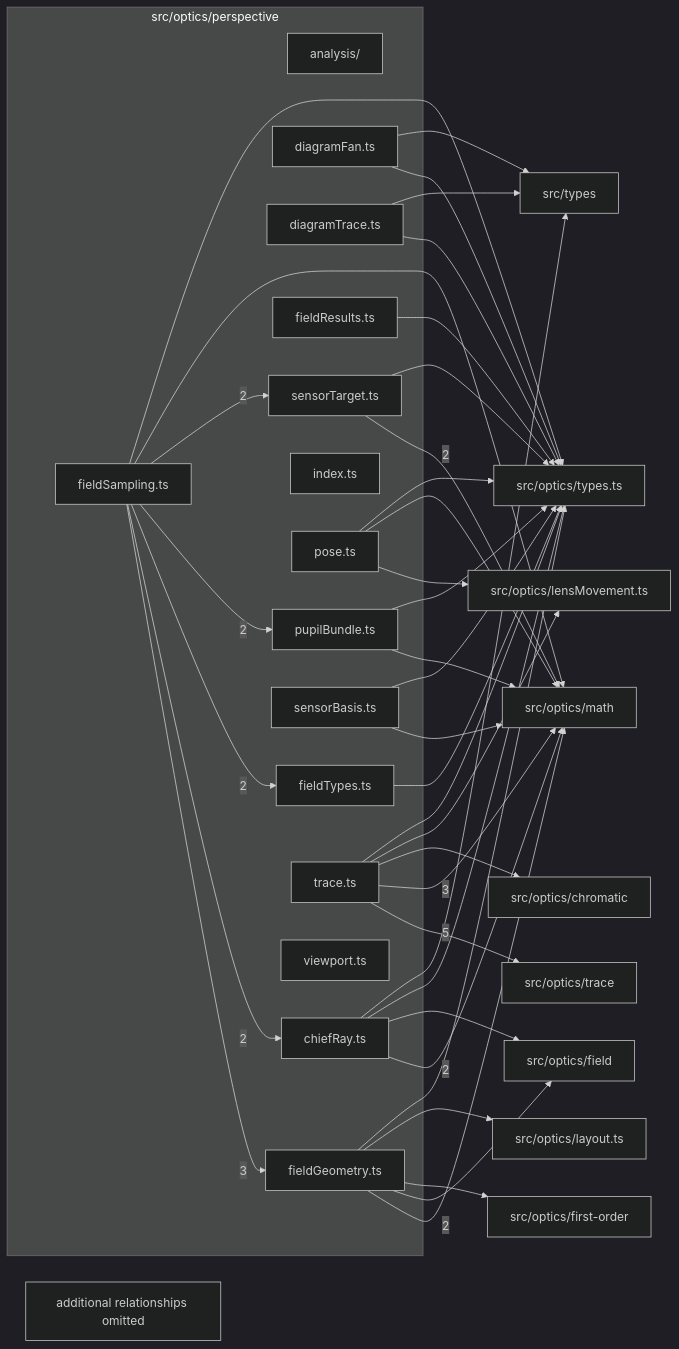
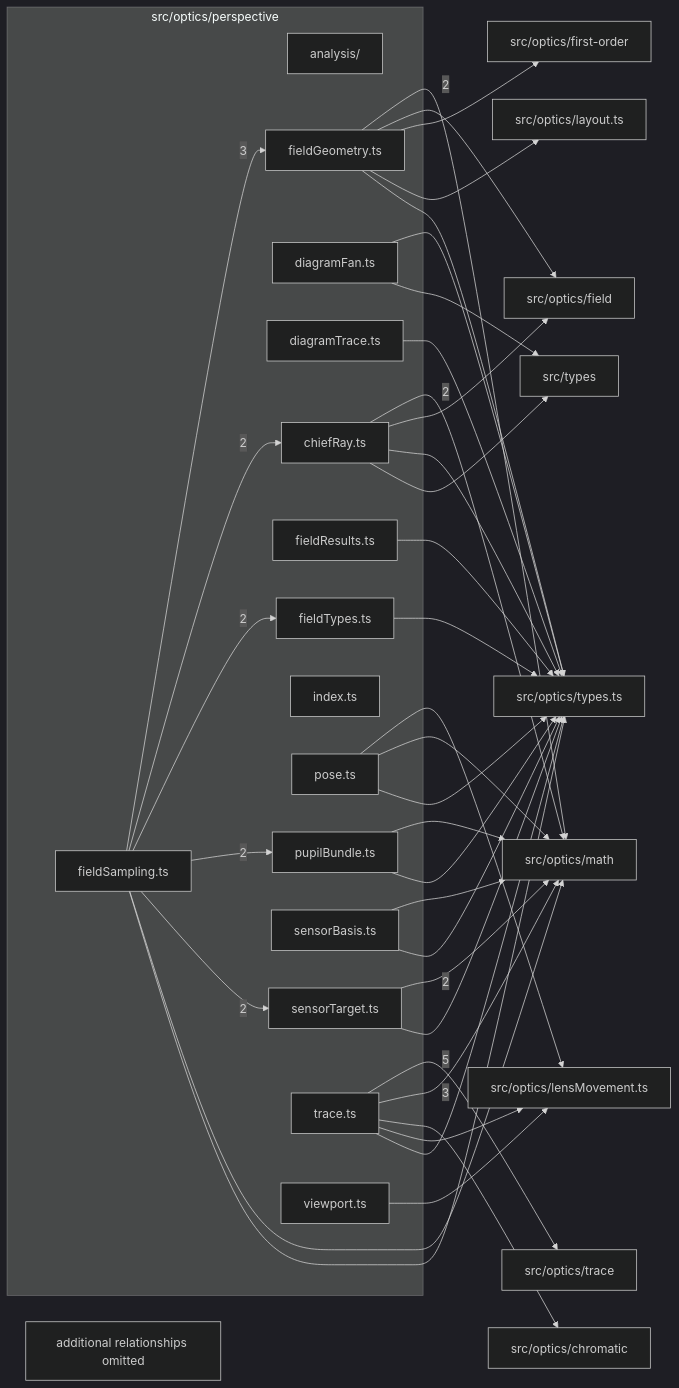
One commit to ronbuening/LensVisualizer changed the diagram in src/optics/perspective/readme.md. Above: the diagram before and after it, drawn with Mermaid (dark theme). The commit also changed other lines of this file and 8 other files, not shown here.

Commit message:
fix: restore perspective lens diagram scale

````diff
--- a/src/optics/perspective/readme.md
+++ b/src/optics/perspective/readme.md
@@ -9,66 +9,66 @@
 ```mermaid
 flowchart LR
   subgraph n_src_optics_perspective["src/optics/perspective"]
     n_src_optics_perspective_src_optics_perspective_analysis["analysis/"]
     n_src_optics_perspective_src_optics_perspective_chiefRay_ts["chiefRay.ts"]
     n_src_optics_perspective_src_optics_perspective_diagramFan_ts["diagramFan.ts"]
     n_src_optics_perspective_src_optics_perspective_diagramTrace_ts["diagramTrace.ts"]
     n_src_optics_perspective_src_optics_perspective_fieldGeometry_ts["fieldGeometry.ts"]
     n_src_optics_perspective_src_optics_perspective_fieldResults_ts["fieldResults.ts"]
     n_src_optics_perspective_src_optics_perspective_fieldSampling_ts["fieldSampling.ts"]
     n_src_optics_perspective_src_optics_perspective_fieldTypes_ts["fieldTypes.ts"]
     n_src_optics_perspective_src_optics_perspective_index_ts["index.ts"]
     n_src_optics_perspective_src_optics_perspective_pose_ts["pose.ts"]
     n_src_optics_perspective_src_optics_perspective_pupilBundle_ts["pupilBundle.ts"]
     n_src_optics_perspective_src_optics_perspective_sensorBasis_ts["sensorBasis.ts"]
     n_src_optics_perspective_src_optics_perspective_sensorTarget_ts["sensorTarget.ts"]
     n_src_optics_perspective_src_optics_perspective_trace_ts["trace.ts"]
     n_src_optics_perspective_src_optics_perspective_viewport_ts["viewport.ts"]
   end
   n_external_src_optics_trace["src/optics/trace"]
   n_external_src_optics_math["src/optics/math"]
   n_external_src_optics_chromatic["src/optics/chromatic"]
   n_external_src_optics_field["src/optics/field"]
   n_external_src_optics_first_order["src/optics/first-order"]
   n_external_src_optics_layout_ts["src/optics/layout.ts"]
   n_external_src_optics_lensMovement_ts["src/optics/lensMovement.ts"]
   n_external_src_optics_types_ts["src/optics/types.ts"]
   n_external_src_types["src/types"]
   n_src_optics_perspective_src_optics_perspective_trace_ts --> |5| n_external_src_optics_trace
   n_src_optics_perspective_src_optics_perspective_trace_ts --> |3| n_external_src_optics_math
   n_src_optics_perspective_src_optics_perspective_fieldSampling_ts --> |3| n_src_optics_perspective_src_optics_perspective_fieldGeometry_ts
   n_src_optics_perspective_src_optics_perspective_chiefRay_ts --> |2| n_external_src_optics_math
   n_src_optics_perspective_src_optics_perspective_fieldGeometry_ts --> |2| n_external_src_optics_math
   n_src_optics_perspective_src_optics_perspective_sensorTarget_ts --> |2| n_external_src_optics_math
   n_src_optics_perspective_src_optics_perspective_fieldSampling_ts --> |2| n_src_optics_perspective_src_optics_perspective_chiefRay_ts
   n_src_optics_perspective_src_optics_perspective_fieldSampling_ts --> |2| n_src_optics_perspective_src_optics_perspective_fieldTypes_ts
   n_src_optics_perspective_src_optics_perspective_fieldSampling_ts --> |2| n_src_optics_perspective_src_optics_perspective_pupilBundle_ts
   n_src_optics_perspective_src_optics_perspective_fieldSampling_ts --> |2| n_src_optics_perspective_src_optics_perspective_sensorTarget_ts
   n_src_optics_perspective_src_optics_perspective_trace_ts --> n_external_src_optics_chromatic
   n_src_optics_perspective_src_optics_perspective_chiefRay_ts --> n_external_src_optics_field
   n_src_optics_perspective_src_optics_perspective_fieldGeometry_ts --> n_external_src_optics_field
   n_src_optics_perspective_src_optics_perspective_fieldGeometry_ts --> n_external_src_optics_first_order
   n_src_optics_perspective_src_optics_perspective_fieldGeometry_ts --> n_external_src_optics_layout_ts
   n_src_optics_perspective_src_optics_perspective_pose_ts --> n_external_src_optics_lensMovement_ts
   n_src_optics_perspective_src_optics_perspective_trace_ts --> n_external_src_optics_lensMovement_ts
+  n_src_optics_perspective_src_optics_perspective_viewport_ts --> n_external_src_optics_lensMovement_ts
   n_src_optics_perspective_src_optics_perspective_fieldSampling_ts --> n_external_src_optics_math
   n_src_optics_perspective_src_optics_perspective_pose_ts --> n_external_src_optics_math
   n_src_optics_perspective_src_optics_perspective_pupilBundle_ts --> n_external_src_optics_math
   n_src_optics_perspective_src_optics_perspective_sensorBasis_ts --> n_external_src_optics_math
   n_src_optics_perspective_src_optics_perspective_chiefRay_ts --> n_external_src_optics_types_ts
   n_src_optics_perspective_src_optics_perspective_diagramFan_ts --> n_external_src_optics_types_ts
   n_src_optics_perspective_src_optics_perspective_diagramTrace_ts --> n_external_src_optics_types_ts
   n_src_optics_perspective_src_optics_perspective_fieldGeometry_ts --> n_external_src_optics_types_ts
   n_src_optics_perspective_src_optics_perspective_fieldResults_ts --> n_external_src_optics_types_ts
   n_src_optics_perspective_src_optics_perspective_fieldSampling_ts --> n_external_src_optics_types_ts
   n_src_optics_perspective_src_optics_perspective_fieldTypes_ts --> n_external_src_optics_types_ts
   n_src_optics_perspective_src_optics_perspective_pose_ts --> n_external_src_optics_types_ts
   n_src_optics_perspective_src_optics_perspective_pupilBundle_ts --> n_external_src_optics_types_ts
   n_src_optics_perspective_src_optics_perspective_sensorBasis_ts --> n_external_src_optics_types_ts
   n_src_optics_perspective_src_optics_perspective_sensorTarget_ts --> n_external_src_optics_types_ts
   n_src_optics_perspective_src_optics_perspective_trace_ts --> n_external_src_optics_types_ts
   n_src_optics_perspective_src_optics_perspective_chiefRay_ts --> n_external_src_types
   n_src_optics_perspective_src_optics_perspective_diagramFan_ts --> n_external_src_types
-  n_src_optics_perspective_src_optics_perspective_diagramTrace_ts --> n_external_src_types
   n_src_optics_perspective_truncated["additional relationships omitted"]
 ```
````
